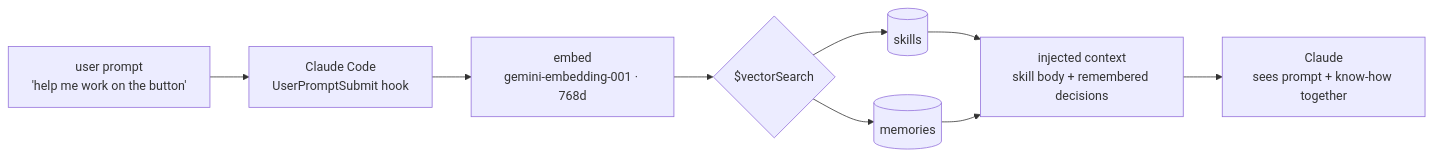
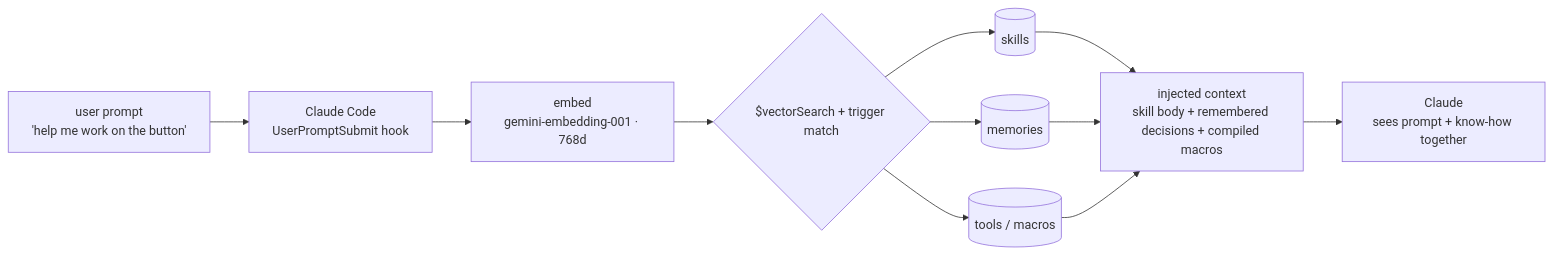
Before and after one commit to rohangandotra18/perpetual: the first of 2 diagrams in README.md, drawn with Mermaid. The commit also changed other lines of this file and 20 other files, not shown here.

````diff
--- a/README.md
+++ b/README.md
@@ -42,11 +42,13 @@
 ```mermaid
 flowchart LR
     U["user prompt<br/>'help me work on the button'"] --> H["Claude Code<br/>UserPromptSubmit hook"]
     H --> E["embed<br/>gemini-embedding-001 · 768d"]
-    E --> V{"$vectorSearch"}
+    E --> V{"$vectorSearch + trigger match"}
     V --> S[("skills")]
     V --> M[("memories")]
-    S --> C["injected context<br/>skill body + remembered decisions"]
+    V --> T[("tools / macros")]
+    S --> C["injected context<br/>skill body + remembered decisions + compiled macros"]
     M --> C
+    T --> C
     C --> CL["Claude<br/>sees prompt + know-how together"]
 ```
````
